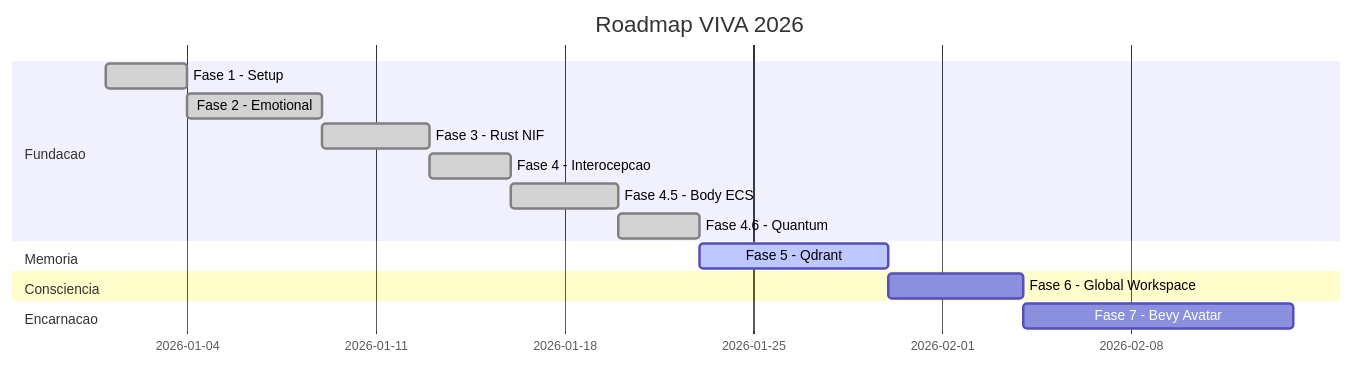
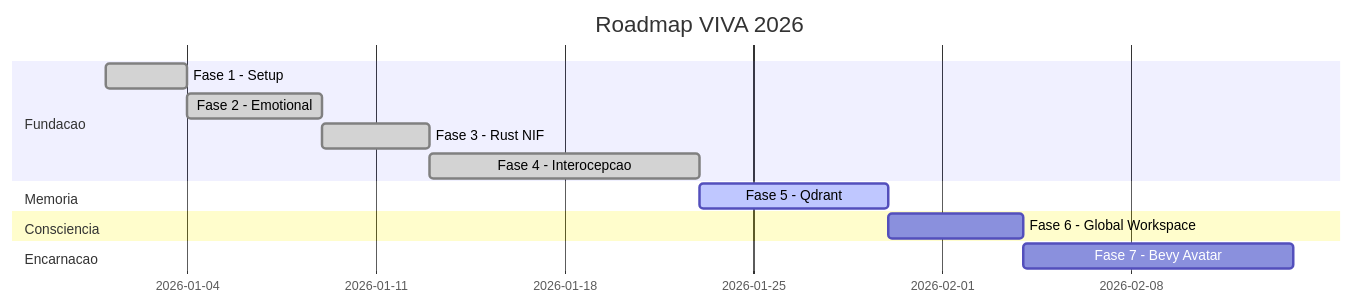
One commit to gabrielmaialva33/viva changed the third of 5 diagrams in docs/pt-br/explanation/project-status.md. Above: the diagram before and after it, drawn with Mermaid. The commit also changed other lines of this file and 8 other files, not shown here.

First line of the commit message:
docs: consolidate Phase 4 roadmap (remove subfases 4.5/4.6)

````diff
--- a/docs/pt-br/explanation/project-status.md
+++ b/docs/pt-br/explanation/project-status.md
@@ -106,22 +106,20 @@
 ```mermaid
 gantt
     title Roadmap VIVA 2026
     dateFormat YYYY-MM-DD
 
     section Fundacao
     Fase 1 - Setup           :done, p1, 2026-01-01, 3d
     Fase 2 - Emotional       :done, p2, after p1, 5d
     Fase 3 - Rust NIF        :done, p3, after p2, 4d
-    Fase 4 - Interocepcao    :done, p4, after p3, 3d
-    Fase 4.5 - Body ECS      :done, p45, after p4, 4d
-    Fase 4.6 - Quantum       :done, p46, after p45, 3d
+    Fase 4 - Interocepcao    :done, p4, after p3, 10d
 
     section Memoria
-    Fase 5 - Qdrant          :active, p5, after p46, 7d
+    Fase 5 - Qdrant          :active, p5, after p4, 7d
 
     section Consciencia
     Fase 6 - Global Workspace :p6, after p5, 5d
 
     section Encarnacao
     Fase 7 - Bevy Avatar     :p7, after p6, 10d
 ```
````
